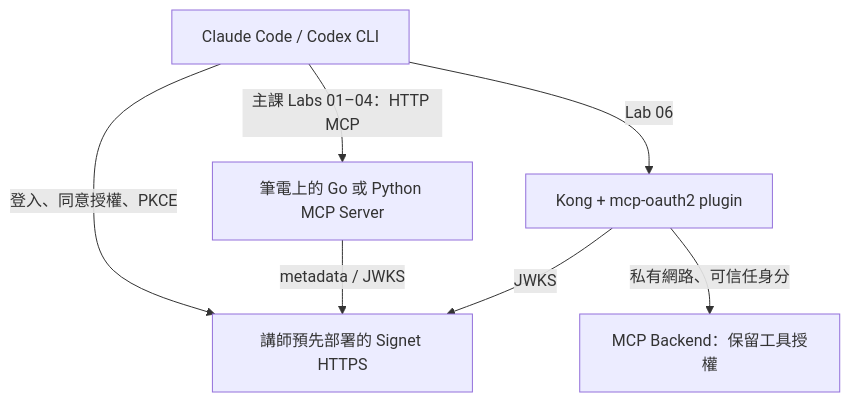
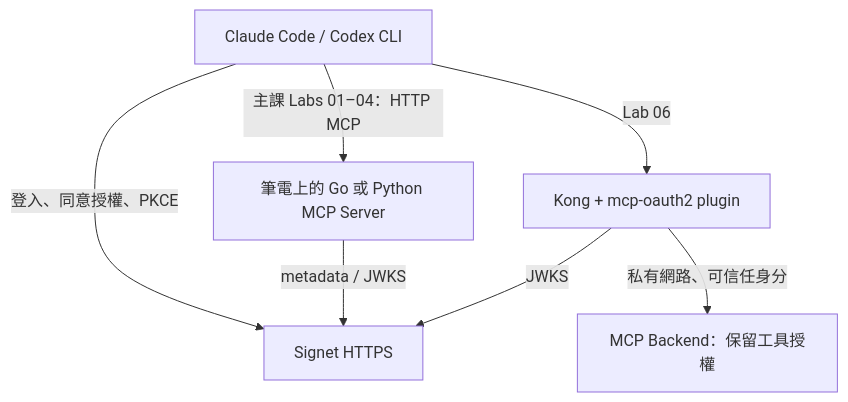
The diagram in README.md (go-training/mcp-oauth2-workshop), drawn with Mermaid before and after one commit. The commit also changed other lines of this file and 5 other files, not shown here.

````diff
--- a/README.md
+++ b/README.md
@@ -132,9 +132,9 @@
 ```mermaid
 flowchart TD
-    C[Claude Code / Codex CLI] -->|登入、同意授權、PKCE| S[講師預先部署的 Signet HTTPS]
+    C[Claude Code / Codex CLI] -->|登入、同意授權、PKCE| S[Signet HTTPS]
     C -->|主課 Labs 01–04：HTTP MCP| M[筆電上的 Go 或 Python MCP Server]
     M -->|metadata / JWKS| S
     C -->|Lab 06| K[Kong + mcp-oauth2 plugin]
     K -->|私有網路、可信任身分| B[MCP Backend：保留工具授權]
     K -->|JWKS| S
 ```
````
